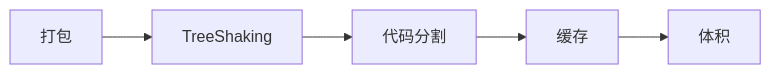
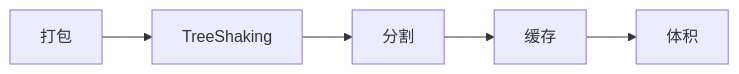
Before and after one commit to tghrxxxyyy/knowledge-base: the diagram in 基础知识/前端工程/前端构建与打包优化.md, drawn with Mermaid. The commit also changed other lines of this file and 385 other files, not shown here.

````diff
--- a/基础知识/前端工程/前端构建与打包优化.md
+++ b/基础知识/前端工程/前端构建与打包优化.md
@@ -19,9 +19,9 @@
 ```mermaid
 flowchart LR
     A[打包]
     B[TreeShaking]
-    C[代码分割]
+    C[分割]
     D[缓存]
     E[体积]
     A --> B --> C --> D --> E
 ```
````
